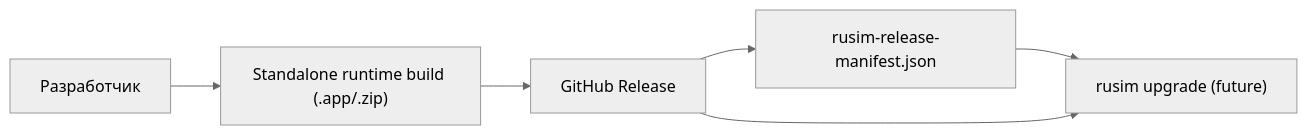
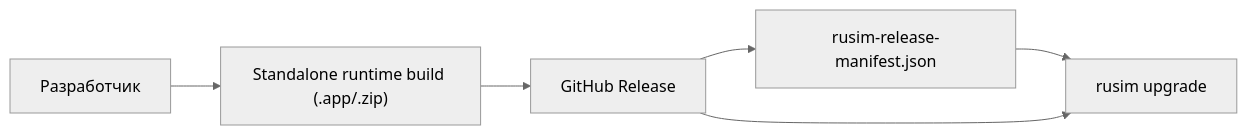
The diagram in docs/release-distribution-model.md (uav-simulator/uavsimulator), drawn with Mermaid (neutral theme) before and after one commit. The commit also changed other lines of this file and 7 other files, not shown here.

Commit message:
feat: add rusim upgrade command

````diff
--- a/docs/release-distribution-model.md
+++ b/docs/release-distribution-model.md
@@ -26,8 +26,8 @@
 ```mermaid
 flowchart LR
     Dev["Разработчик"] --> Build["Standalone runtime build (.app/.zip)"]
     Build --> Release["GitHub Release"]
     Release --> Manifest["rusim-release-manifest.json"]
-    Manifest --> Client["rusim upgrade (future)"]
+    Manifest --> Client["rusim upgrade"]
     Release --> Client
 ```
````
